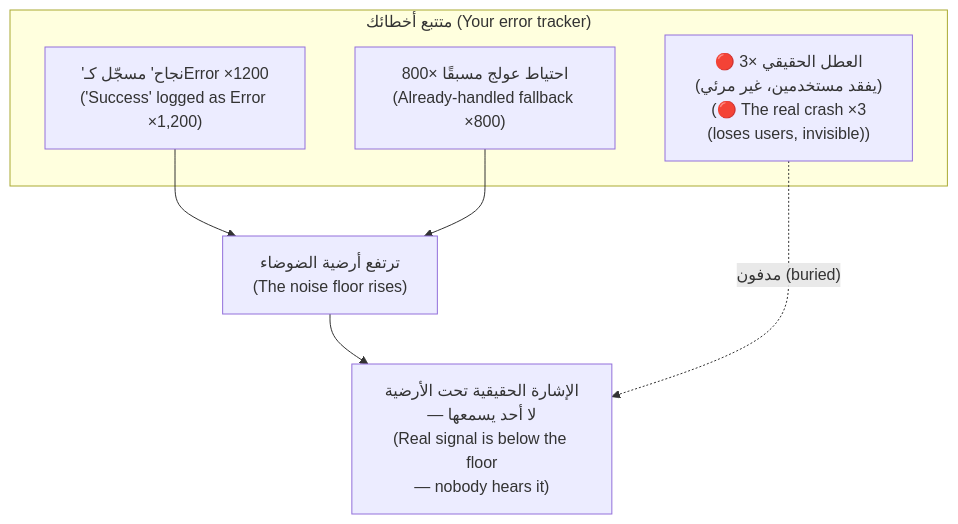
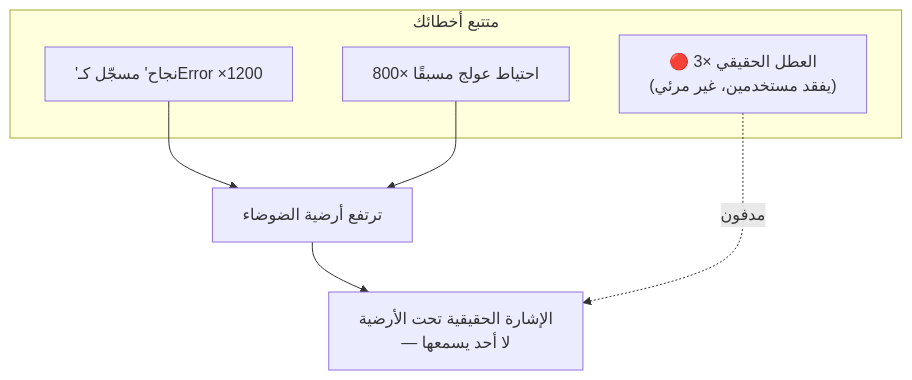
The second of 6 diagrams in modules/07-observability/module.ar.md (Tamoura/system-design-for-vibe-coders), drawn with Mermaid before and after one commit. The commit also changed other lines of this file and 551 other files, not shown here.

````diff
--- a/modules/07-observability/module.ar.md
+++ b/modules/07-observability/module.ar.md
@@ -195,12 +195,12 @@
 ```mermaid
 flowchart TD
-    subgraph tracker["متتبع أخطائك (Your error tracker)"]
-        N1["'نجاح' مسجّل كـError ×1200<br/>('Success' logged as Error ×1,200)"]
-        N2["احتياط عولج مسبقًا ×800<br/>(Already-handled fallback ×800)"]
-        R["🔴 العطل الحقيقي ×3<br/>(يفقد مستخدمين، غير مرئي)<br/>(🔴 The real crash ×3<br/>(loses users, invisible))"]
+    subgraph tracker["متتبع أخطائك"]
+        N1["'نجاح' مسجّل كـError ×1200"]
+        N2["احتياط عولج مسبقًا ×800"]
+        R["🔴 العطل الحقيقي ×3<br/>(يفقد مستخدمين، غير مرئي)"]
     end
-    N1 --> FLOOR["ترتفع أرضية الضوضاء<br/>(The noise floor rises)"]
+    N1 --> FLOOR["ترتفع أرضية الضوضاء"]
     N2 --> FLOOR
-    FLOOR --> DEAF["الإشارة الحقيقية تحت الأرضية<br/>— لا أحد يسمعها<br/>(Real signal is below the floor<br/>— nobody hears it)"]
-    R -.->|"مدفون (buried)"| DEAF
+    FLOOR --> DEAF["الإشارة الحقيقية تحت الأرضية<br/>— لا أحد يسمعها"]
+    R -.->|"مدفون"| DEAF
 ```
````
